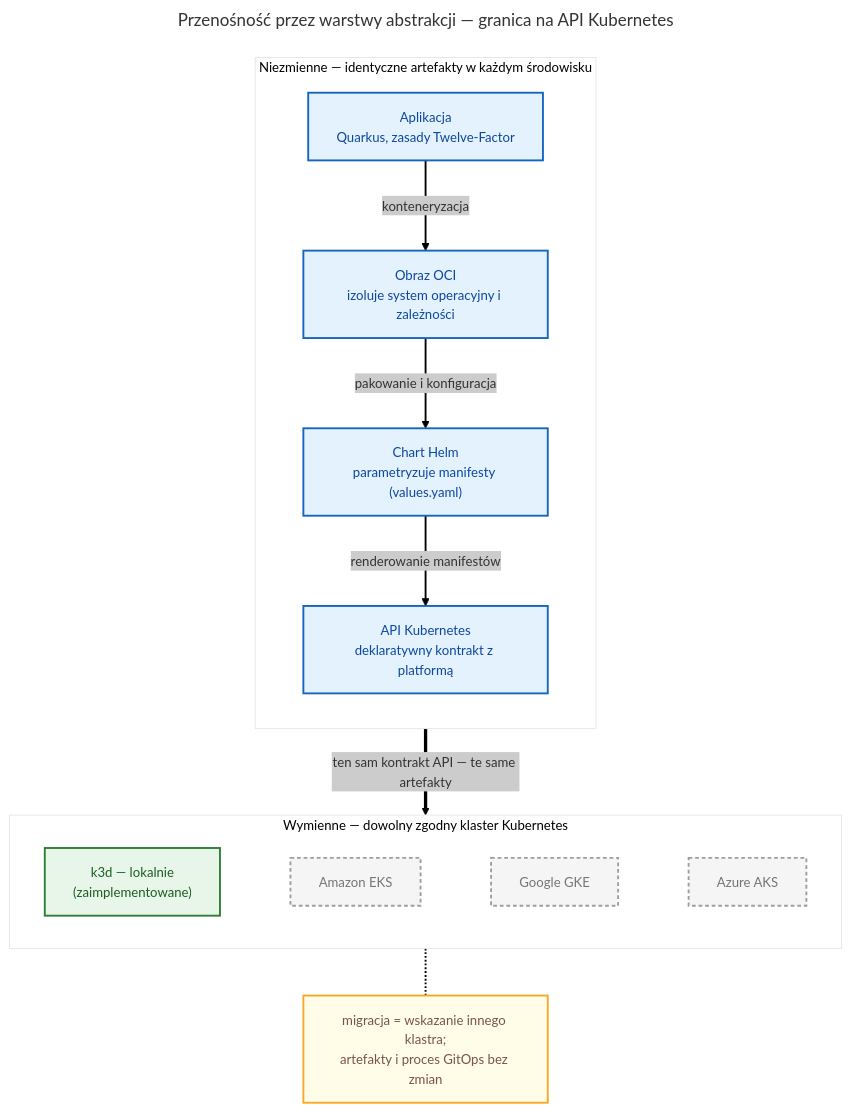
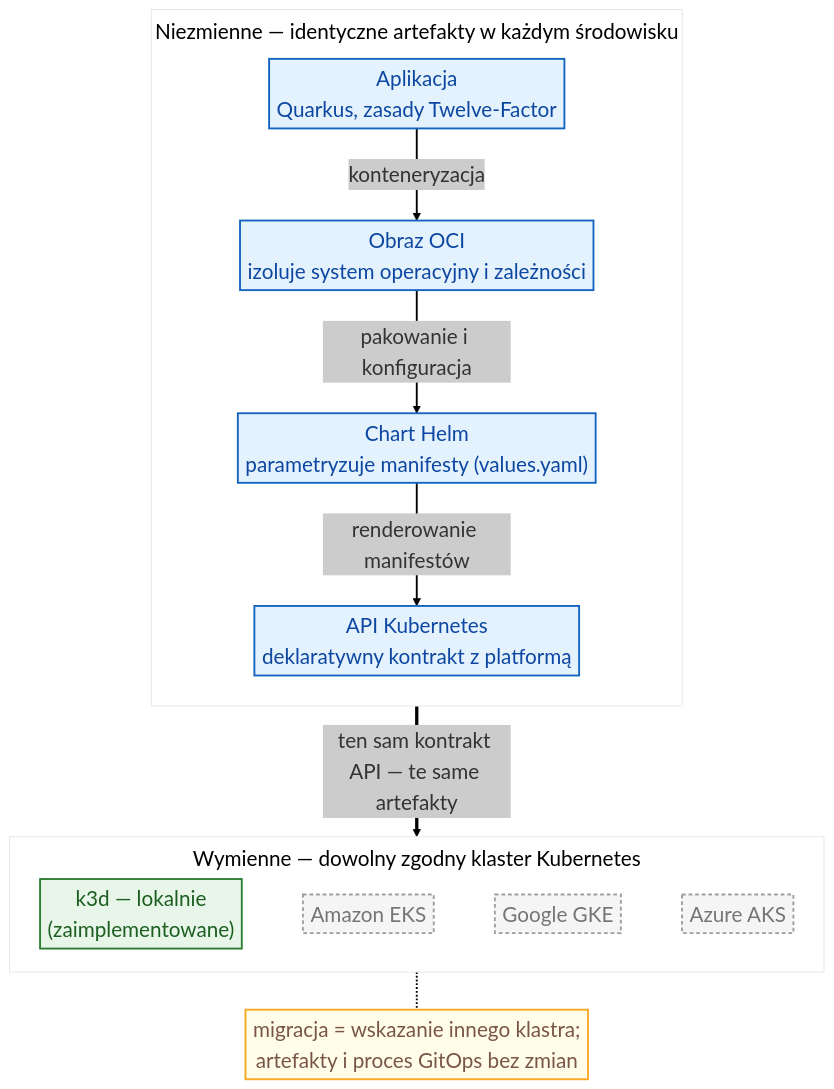
One commit to mwas-inz/bsc-devops changed the diagram in docs/diagrams/01-teoria/teoria-03-portability-layers.mmd. Above: the diagram before and after it, drawn with Mermaid. The commit also changed 51 other files, not shown here.

First line of the commit message:
docs(diagrams): rework Mermaid diagrams for print legibility

```diff
--- a/docs/diagrams/01-teoria/teoria-03-portability-layers.mmd
+++ b/docs/diagrams/01-teoria/teoria-03-portability-layers.mmd
@@ -1,39 +1,50 @@
 ---
-title: Przenośność przez warstwy abstrakcji — granica na API Kubernetes
 config:
   theme: neo
+  themeVariables:
+    fontSize: 22px
+  flowchart:
+    nodeSpacing: 30
+    rankSpacing: 40
+    padding: 4
+    subGraphTitleMargin:
+      top: 6
+      bottom: 14
+    diagramPadding: 8
+    wrappingWidth: 600
 ---
+%% Przenośność przez warstwy abstrakcji — granica na API Kubernetes
 flowchart TB
     subgraph fixed["Niezmienne — identyczne artefakty w każdym środowisku"]
         direction TB
         app["Aplikacja<br/>Quarkus, zasady Twelve-Factor"]
         img["Obraz OCI<br/>izoluje system operacyjny i zależności"]
         helm["Chart Helm<br/>parametryzuje manifesty (values.yaml)"]
         api["API Kubernetes<br/>deklaratywny kontrakt z platformą"]
         app -->|konteneryzacja| img
         img -->|"pakowanie i konfiguracja"| helm
         helm -->|"renderowanie manifestów"| api
     end
 
     subgraph runtime["Wymienne — dowolny zgodny klaster Kubernetes"]
         direction LR
         k3d["k3d — lokalnie<br/>(zaimplementowane)"]
         eks["Amazon EKS"]
         gke["Google GKE"]
         aks["Azure AKS"]
         k3d ~~~ eks ~~~ gke ~~~ aks
     end
 
     api ==>|"ten sam kontrakt API — te same artefakty"| runtime
 
     note["migracja = wskazanie innego klastra;<br/>artefakty i proces GitOps bez zmian"]
     runtime -.- note
 
     classDef inv fill:#e3f2fd,stroke:#1565c0,color:#0d47a1;
     classDef live fill:#e8f5e9,stroke:#2e7d32,color:#1b5e20;
     classDef ghost fill:#f5f5f5,stroke:#9e9e9e,color:#757575,stroke-dasharray: 4 3;
     classDef notec fill:#fffde7,stroke:#f9a825,color:#795548;
     class app,img,helm,api inv;
     class k3d live;
     class eks,gke,aks ghost;
     class note notec;
```
